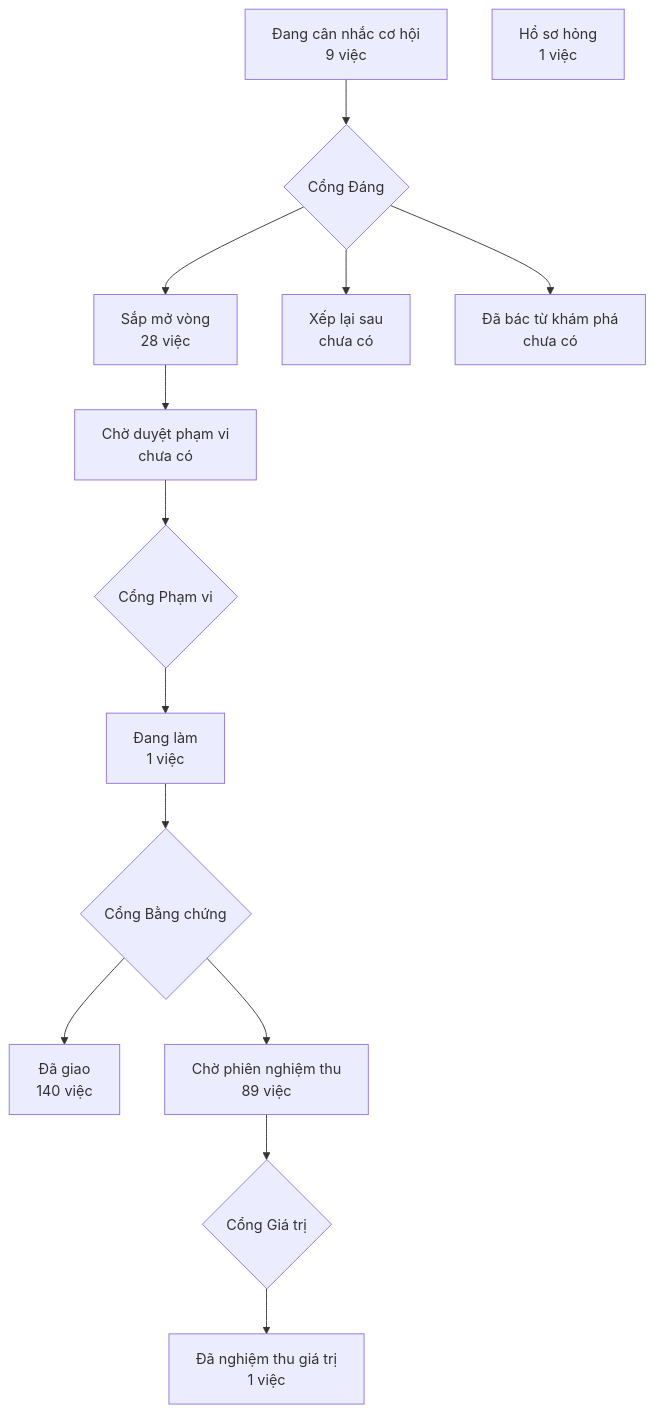
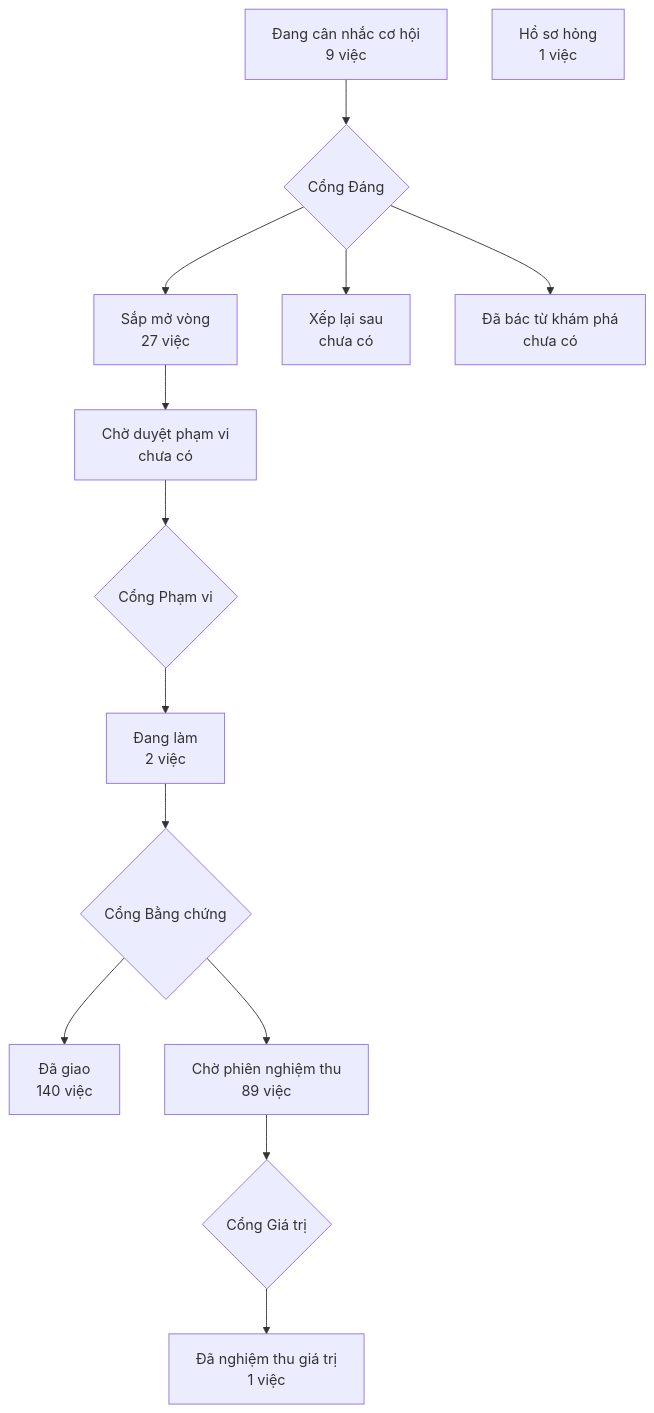
The diagram in PRODUCT-MAP.md (phanlemanh/crm-onehub), drawn with Mermaid before and after one commit. The commit also changed 5 other files, not shown here.

````diff
--- a/PRODUCT-MAP.md
+++ b/PRODUCT-MAP.md
@@ -7,13 +7,13 @@
 ```mermaid
 flowchart TD
   A["Đang cân nhắc cơ hội<br/>9 việc"] --> GD{"Cổng Đáng"}
-  GD --> B["Sắp mở vòng<br/>28 việc"]
+  GD --> B["Sắp mở vòng<br/>27 việc"]
   GD --> XL["Xếp lại sau<br/>chưa có"]
   GD --> DB["Đã bác từ khám phá<br/>chưa có"]
   B --> CD["Chờ duyệt phạm vi<br/>chưa có"] --> GP{"Cổng Phạm vi"}
-  GP --> DL["Đang làm<br/>1 việc"] --> GB{"Cổng Bằng chứng"}
+  GP --> DL["Đang làm<br/>2 việc"] --> GB{"Cổng Bằng chứng"}
   GB --> DG["Đã giao<br/>140 việc"]
   GB --> CN["Chờ phiên nghiệm thu<br/>89 việc"] --> GG{"Cổng Giá trị"}
   GG --> NT["Đã nghiệm thu giá trị<br/>1 việc"]
   HS["Hồ sơ hỏng<br/>1 việc"]
 ```
````
